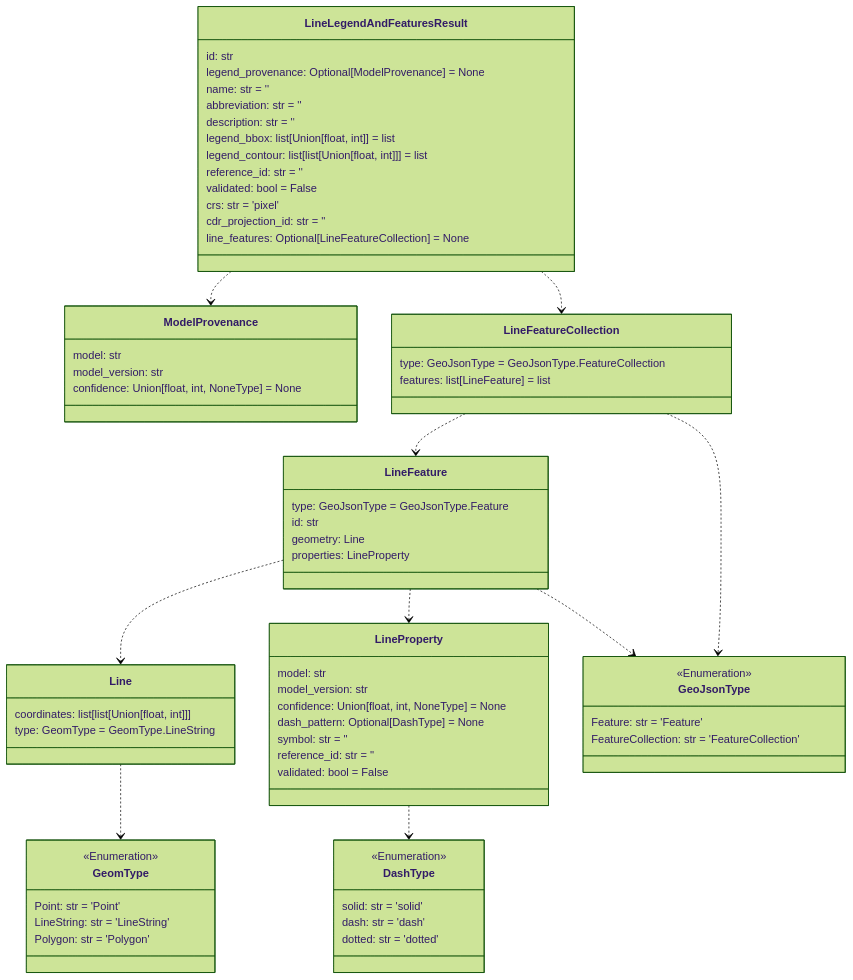
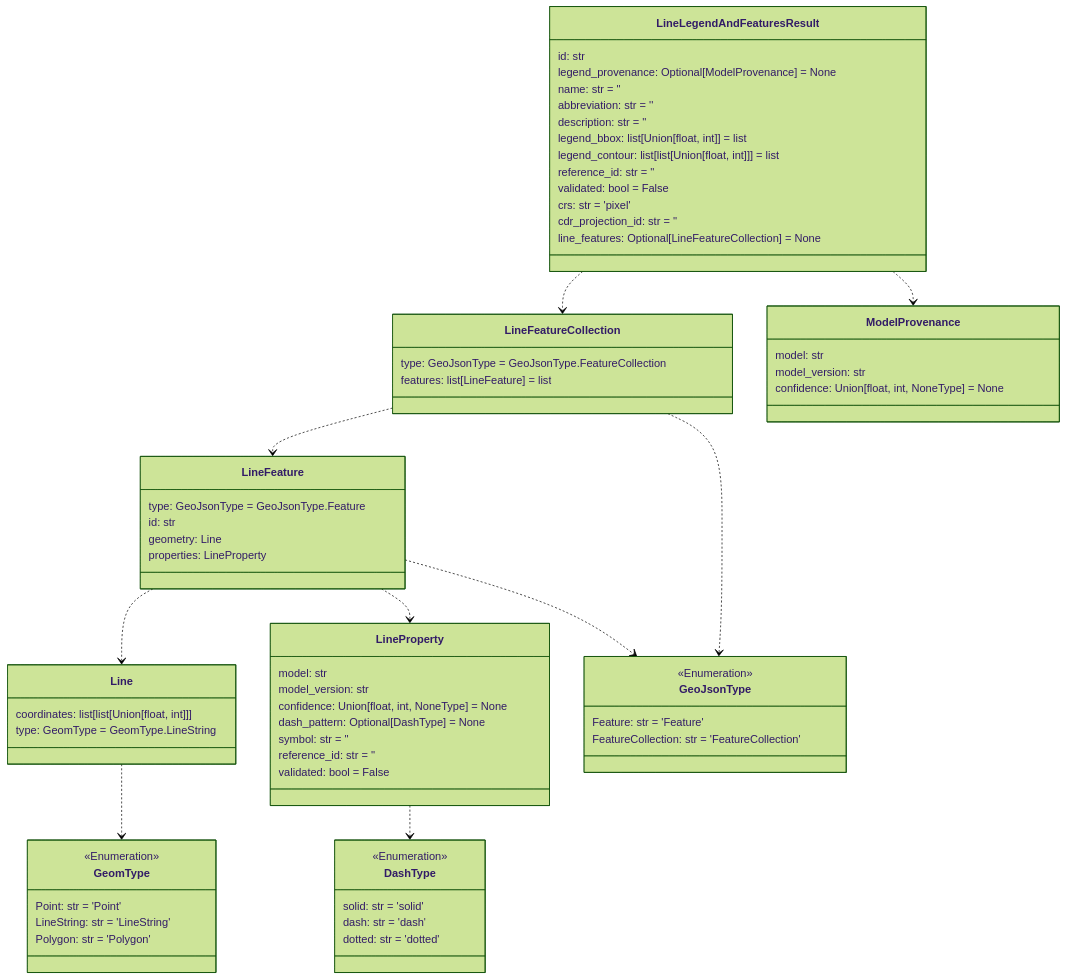
Before and after one commit to DARPA-CRITICALMAAS/cdr_schemas: the sixth of 14 diagrams in README.md, drawn with Mermaid (forest theme). The commit also changed other lines of this file and 1 other file, not shown here.

````diff
--- a/README.md
+++ b/README.md
@@ -452,83 +452,83 @@
 ```mermaid
 classDiagram
-
-    class Line {
-        coordinates: list[list[Union[float, int]]]
-        type: GeomType = GeomType.LineString
-    }
-
-    class DashType {
-        <<Enumeration>>
-        solid: str = 'solid'
-        dash: str = 'dash'
-        dotted: str = 'dotted'
-    }
-
-    class ModelProvenance {
-        model: str
-        model_version: str
-        confidence: Union[float, int, NoneType] = None
-    }
-
-    class GeomType {
-        <<Enumeration>>
-        Point: str = 'Point'
-        LineString: str = 'LineString'
-        Polygon: str = 'Polygon'
-    }
-
-    class LineProperty {
-        model: str
-        model_version: str
-        confidence: Union[float, int, NoneType] = None
-        dash_pattern: Optional[DashType] = None
-        symbol: str = ''
-        reference_id: str = ''
-        validated: bool = False
-    }
 
     class LineFeature {
         type: GeoJsonType = GeoJsonType.Feature
         id: str
         geometry: Line
         properties: LineProperty
-    }
-
-    class LineFeatureCollection {
-        type: GeoJsonType = GeoJsonType.FeatureCollection
-        features: list[LineFeature] = list
     }
 
     class GeoJsonType {
         <<Enumeration>>
         Feature: str = 'Feature'
         FeatureCollection: str = 'FeatureCollection'
     }
 
     class LineLegendAndFeaturesResult {
         id: str
         legend_provenance: Optional[ModelProvenance] = None
         name: str = ''
         abbreviation: str = ''
         description: str = ''
         legend_bbox: list[Union[float, int]] = list
         legend_contour: list[list[Union[float, int]]] = list
         reference_id: str = ''
         validated: bool = False
         crs: str = 'pixel'
         cdr_projection_id: str = ''
         line_features: Optional[LineFeatureCollection] = None
     }
 
+    class LineFeatureCollection {
+        type: GeoJsonType = GeoJsonType.FeatureCollection
+        features: list[LineFeature] = list
+    }
+
+    class GeomType {
+        <<Enumeration>>
+        Point: str = 'Point'
+        LineString: str = 'LineString'
+        Polygon: str = 'Polygon'
+    }
+
+    class ModelProvenance {
+        model: str
+        model_version: str
+        confidence: Union[float, int, NoneType] = None
+    }
+
+    class DashType {
+        <<Enumeration>>
+        solid: str = 'solid'
+        dash: str = 'dash'
+        dotted: str = 'dotted'
+    }
+
+    class Line {
+        coordinates: list[list[Union[float, int]]]
+        type: GeomType = GeomType.LineString
+    }
+
+    class LineProperty {
+        model: str
+        model_version: str
+        confidence: Union[float, int, NoneType] = None
+        dash_pattern: Optional[DashType] = None
+        symbol: str = ''
+        reference_id: str = ''
+        validated: bool = False
+    }
+
     Line ..> GeomType
     LineProperty ..> DashType
     LineFeature ..> Line
     LineFeature ..> LineProperty
     LineFeature ..> GeoJsonType
     LineFeatureCollection ..> LineFeature
     LineFeatureCollection ..> GeoJsonType
     LineLegendAndFeaturesResult ..> LineFeatureCollection
     LineLegendAndFeaturesResult ..> ModelProvenance
 
 
 ```
````
